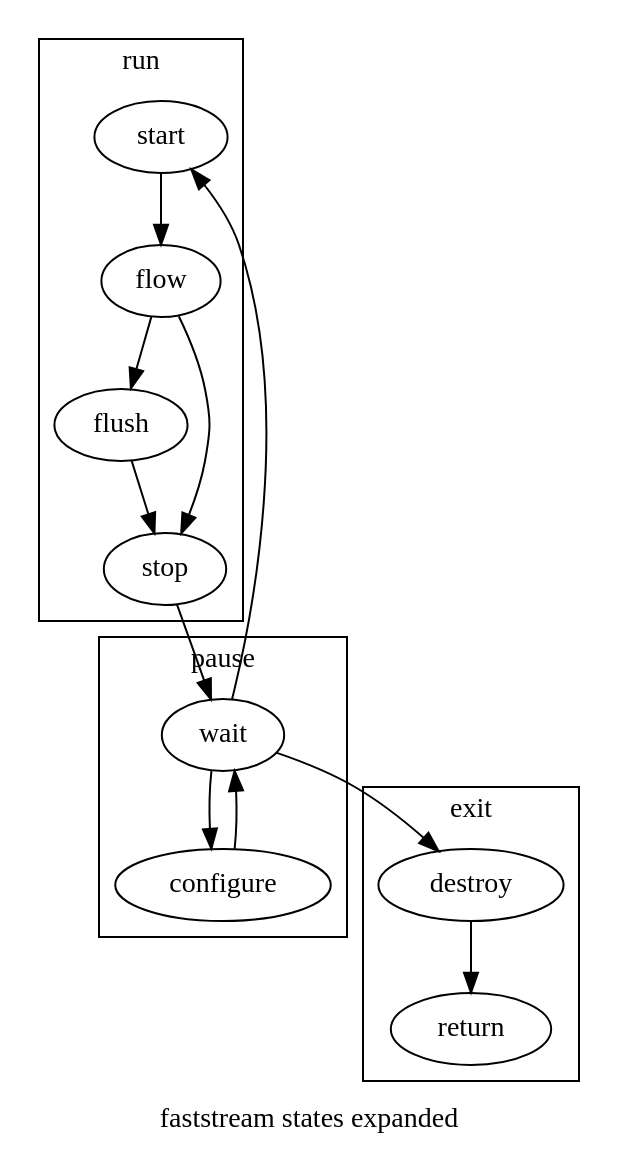
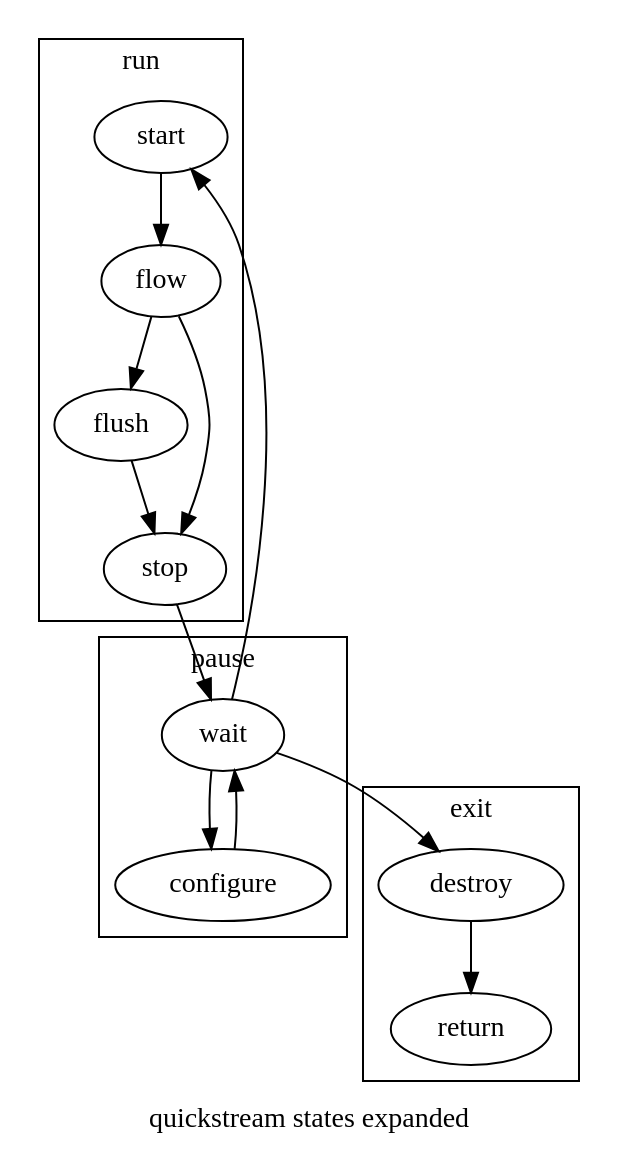
Before and after one commit to lanceman2/Quickstream_dev: the diagram in docs/stateExpaned.dot, drawn with Graphviz. The commit also changed 24 other files, not shown here.

```diff
--- a/docs/stateExpaned.dot
+++ b/docs/stateExpaned.dot
@@ -1,35 +1,35 @@
 digraph {
 
-    label="faststream states expanded";
+    label="quickstream states expanded";
 
     subgraph cluster_0 {
         label="run";
         start;
         flow;
         flush;
         stop;
     }
 
     subgraph cluster_1 {
         label="pause";
         wait;
         configure;
     }
 
     subgraph cluster_2 {
         label="exit";
         destroy;
         return;
     }
 
     start -> flow;
     flow -> flush;
     flow -> stop;
     flush -> stop;
     stop -> wait;
     wait -> start;
     wait -> destroy;
     destroy -> return;
     wait -> configure;
     configure -> wait;
 }
```
